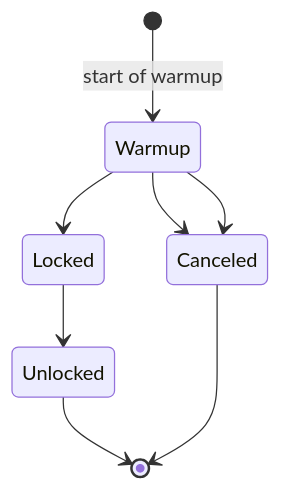
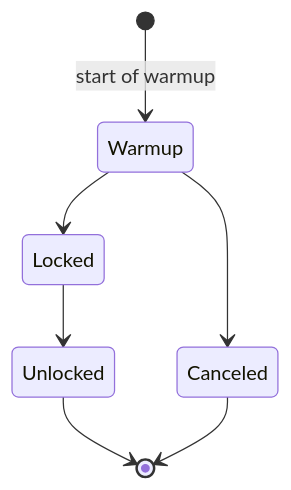
One commit to chromatic-protocol/understanding-chromatic changed the first of 2 diagrams in liquidity-provider/bp/README.md. Above: the diagram before and after it, drawn with Mermaid. The commit also changed other lines of this file and 1 other file, not shown here.

````diff
--- a/liquidity-provider/bp/README.md
+++ b/liquidity-provider/bp/README.md
@@ -31,12 +49,11 @@
 ```mermaid
 
 stateDiagram-v2
     [*] --> Warmup: start of warmup
     
     Warmup --> Canceled 
-    Warmup --> Canceled
     Warmup --> Locked
     Locked --> Unlocked
     Unlocked --> [*]
     Canceled --> [*]
 ```
````
